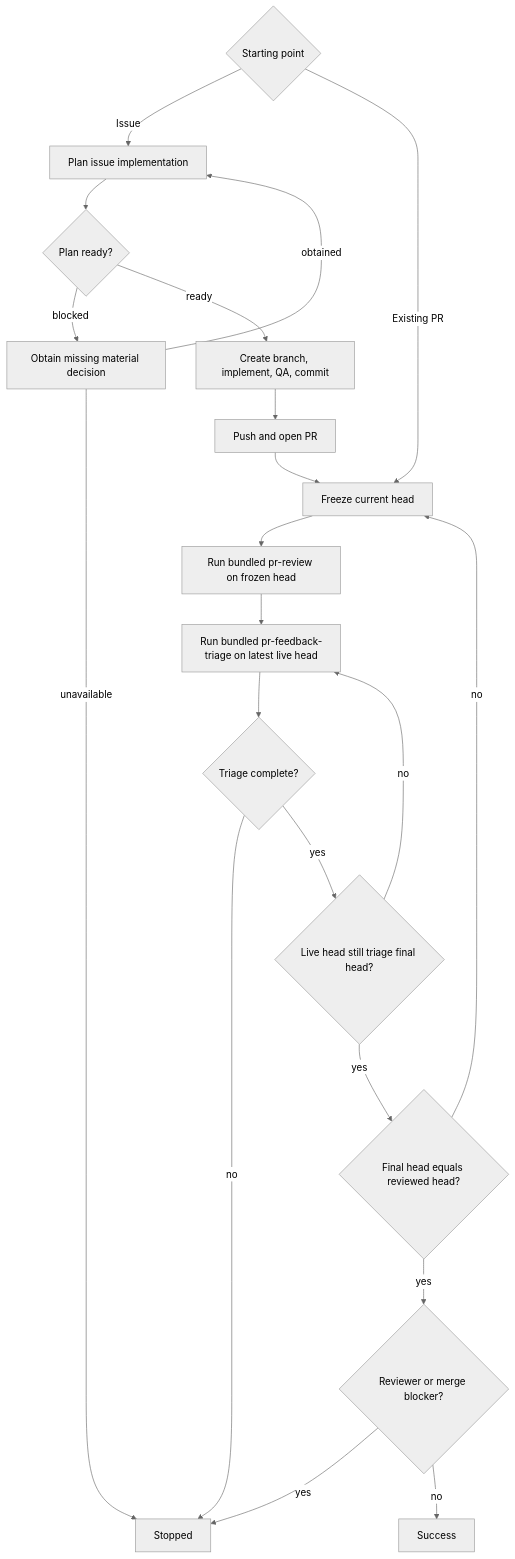
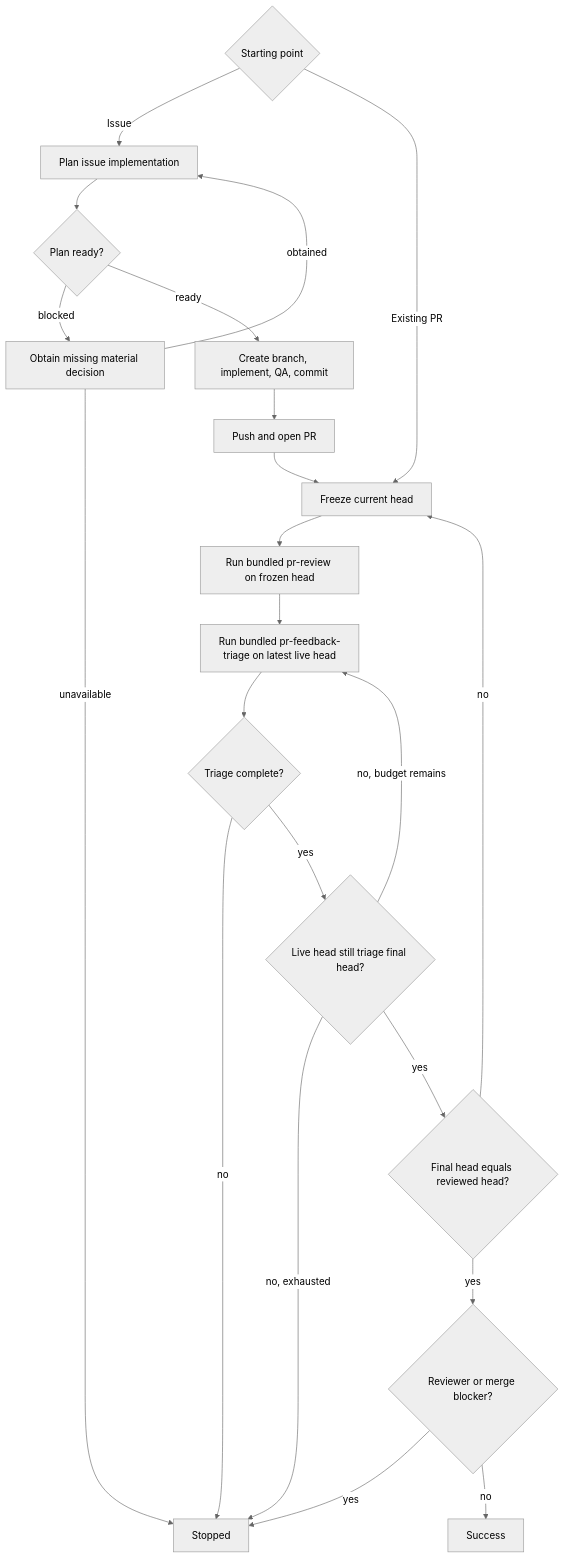
One commit to dceoy/pr-loop changed the diagram in skills/pr-loop/SKILL.md. Above: the diagram before and after it, drawn with Mermaid (neutral theme). The commit also changed other lines of this file, not shown here.

````diff
--- a/skills/pr-loop/SKILL.md
+++ b/skills/pr-loop/SKILL.md
@@ -82,23 +82,24 @@
 ```mermaid
 flowchart TD
   S{Starting point} -->|Issue| P[Plan issue implementation]
   S -->|Existing PR| A
   P --> Q{Plan ready?}
   Q -->|blocked| R[Obtain missing material decision]
   R -->|obtained| P
   R -->|unavailable| K[Stopped]
   Q -->|ready| M[Create branch, implement, QA, commit]
   M --> N[Push and open PR]
   N --> A[Freeze current head]
   A --> B[Run bundled pr-review on frozen head]
   B --> C[Run bundled pr-feedback-triage on latest live head]
   C --> D{Triage complete?}
   D -->|no| K
   D -->|yes| E{Live head still triage final head?}
-  E -->|no| C
+  E -->|no, budget remains| C
+  E -->|no, exhausted| K
   E -->|yes| F{Final head equals reviewed head?}
   F -->|no| A
   F -->|yes| G{Reviewer or merge blocker?}
   G -->|yes| K
   G -->|no| L[Success]
 ```
````
